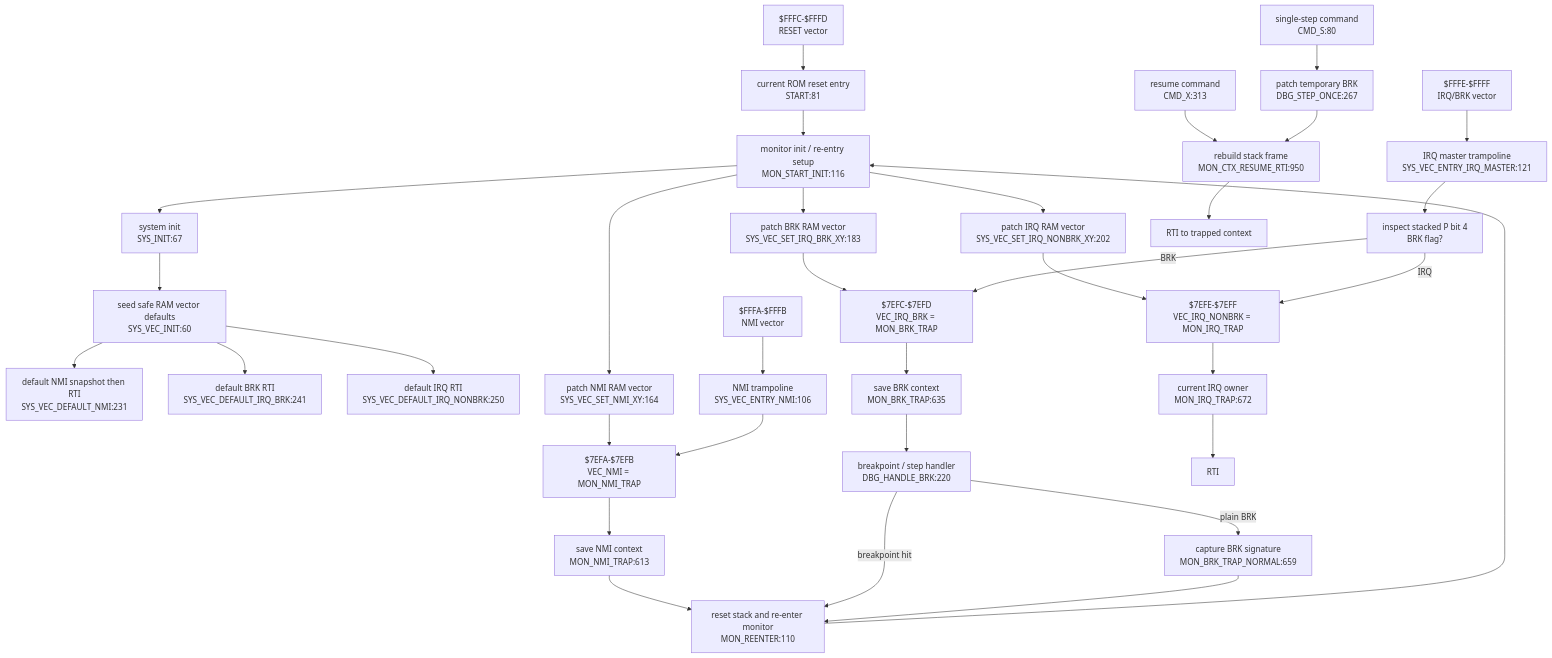
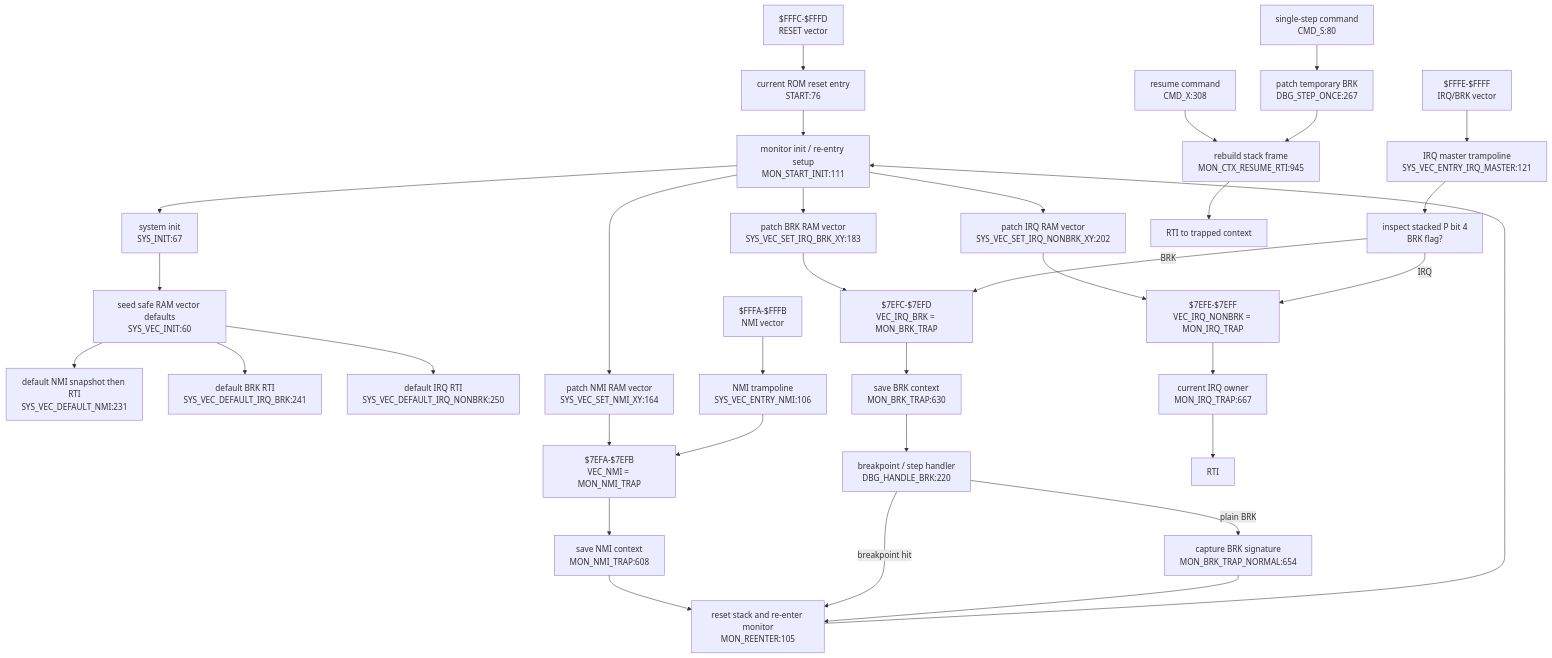
The diagram in DOC/GENERATED/INTERRUPT_VECTOR_MAP.md (95westus/R-YORS), drawn with Mermaid before and after one commit. The commit also changed other lines of this file and 48 other files, not shown here.

````diff
--- a/DOC/GENERATED/INTERRUPT_VECTOR_MAP.md
+++ b/DOC/GENERATED/INTERRUPT_VECTOR_MAP.md
@@ -25,40 +25,40 @@
 ```mermaid
 flowchart TD
-    RESETV["$FFFC-$FFFD<br/>RESET vector"] --> STARTN["current ROM reset entry<br/>START:81"]
-    STARTN --> INIT["monitor init / re-entry setup<br/>MON_START_INIT:116"]
+    RESETV["$FFFC-$FFFD<br/>RESET vector"] --> STARTN["current ROM reset entry<br/>START:76"]
+    STARTN --> INIT["monitor init / re-entry setup<br/>MON_START_INIT:111"]
     INIT --> SYSINIT["system init<br/>SYS_INIT:67"]
     SYSINIT --> VECINIT["seed safe RAM vector defaults<br/>SYS_VEC_INIT:60"]
     VECINIT --> DEFNMI["default NMI snapshot then RTI<br/>SYS_VEC_DEFAULT_NMI:231"]
     VECINIT --> DEFBRK["default BRK RTI<br/>SYS_VEC_DEFAULT_IRQ_BRK:241"]
     VECINIT --> DEFIRQ["default IRQ RTI<br/>SYS_VEC_DEFAULT_IRQ_NONBRK:250"]
 
     INIT --> SETNMI["patch NMI RAM vector<br/>SYS_VEC_SET_NMI_XY:164"]
     INIT --> SETBRK["patch BRK RAM vector<br/>SYS_VEC_SET_IRQ_BRK_XY:183"]
     INIT --> SETIRQ["patch IRQ RAM vector<br/>SYS_VEC_SET_IRQ_NONBRK_XY:202"]
     SETNMI --> VECNMI["$7EFA-$7EFB<br/>VEC_NMI = MON_NMI_TRAP"]
     SETBRK --> VECBRK["$7EFC-$7EFD<br/>VEC_IRQ_BRK = MON_BRK_TRAP"]
     SETIRQ --> VECIRQ["$7EFE-$7EFF<br/>VEC_IRQ_NONBRK = MON_IRQ_TRAP"]
 
     NMIV["$FFFA-$FFFB<br/>NMI vector"] --> NMIENTRY["NMI trampoline<br/>SYS_VEC_ENTRY_NMI:106"]
     NMIENTRY --> VECNMI
-    VECNMI --> NMITRAP["save NMI context<br/>MON_NMI_TRAP:613"]
-    NMITRAP --> REENTER["reset stack and re-enter monitor<br/>MON_REENTER:110"]
+    VECNMI --> NMITRAP["save NMI context<br/>MON_NMI_TRAP:608"]
+    NMITRAP --> REENTER["reset stack and re-enter monitor<br/>MON_REENTER:105"]
     REENTER --> INIT
 
     IRQV["$FFFE-$FFFF<br/>IRQ/BRK vector"] --> IRQMASTER["IRQ master trampoline<br/>SYS_VEC_ENTRY_IRQ_MASTER:121"]
     IRQMASTER --> SPLIT["inspect stacked P bit 4<br/>BRK flag?"]
     SPLIT -->|BRK| VECBRK
     SPLIT -->|IRQ| VECIRQ
-    VECBRK --> BRKTRAP["save BRK context<br/>MON_BRK_TRAP:635"]
+    VECBRK --> BRKTRAP["save BRK context<br/>MON_BRK_TRAP:630"]
     BRKTRAP --> DBGBRK["breakpoint / step handler<br/>DBG_HANDLE_BRK:220"]
     DBGBRK -->|breakpoint hit| REENTER
-    DBGBRK -->|plain BRK| BRKNORMAL["capture BRK signature<br/>MON_BRK_TRAP_NORMAL:659"]
+    DBGBRK -->|plain BRK| BRKNORMAL["capture BRK signature<br/>MON_BRK_TRAP_NORMAL:654"]
     BRKNORMAL --> REENTER
-    VECIRQ --> IRQTRAP["current IRQ owner<br/>MON_IRQ_TRAP:672"]
+    VECIRQ --> IRQTRAP["current IRQ owner<br/>MON_IRQ_TRAP:667"]
     IRQTRAP --> RTIIRQ["RTI"]
 
-    CMDX["resume command<br/>CMD_X:313"] --> RESUME["rebuild stack frame<br/>MON_CTX_RESUME_RTI:950"]
+    CMDX["resume command<br/>CMD_X:308"] --> RESUME["rebuild stack frame<br/>MON_CTX_RESUME_RTI:945"]
     CMDS["single-step command<br/>CMD_S:80"] --> STEP["patch temporary BRK<br/>DBG_STEP_ONCE:267"]
     STEP --> RESUME
     RESUME --> RTIRES["RTI to trapped context"]
 ```
````
